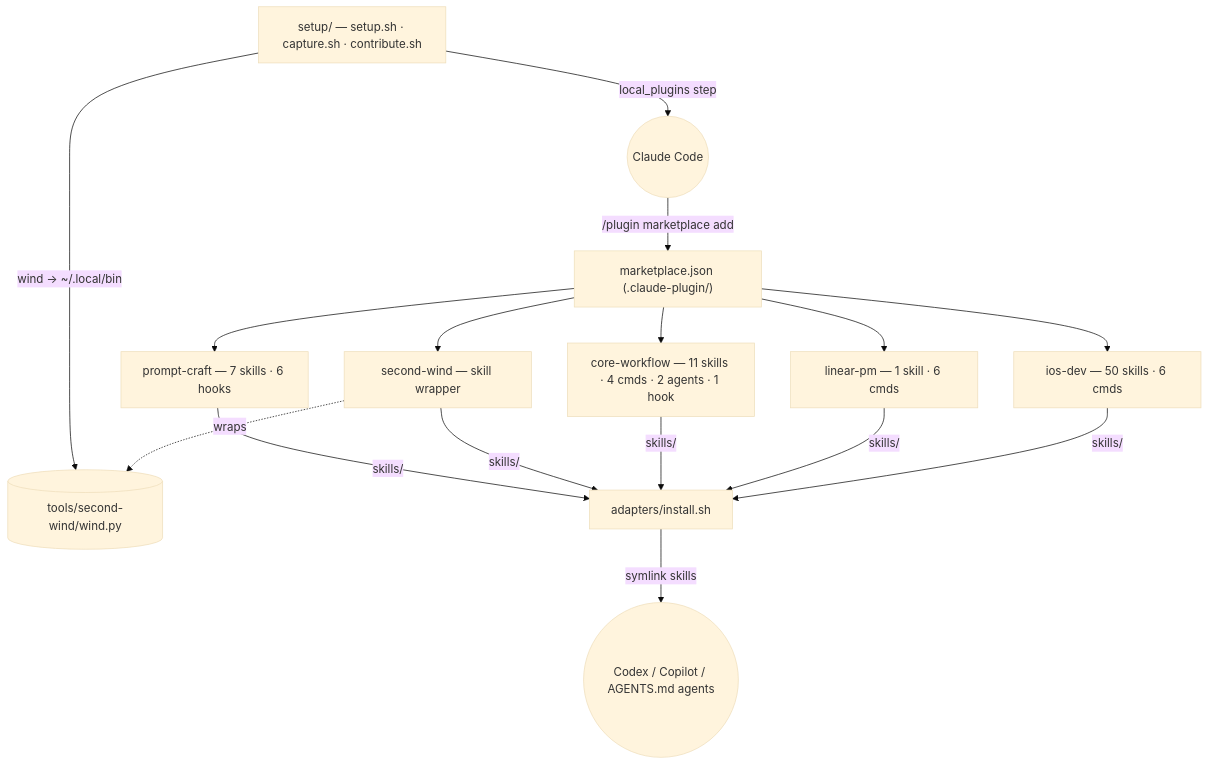
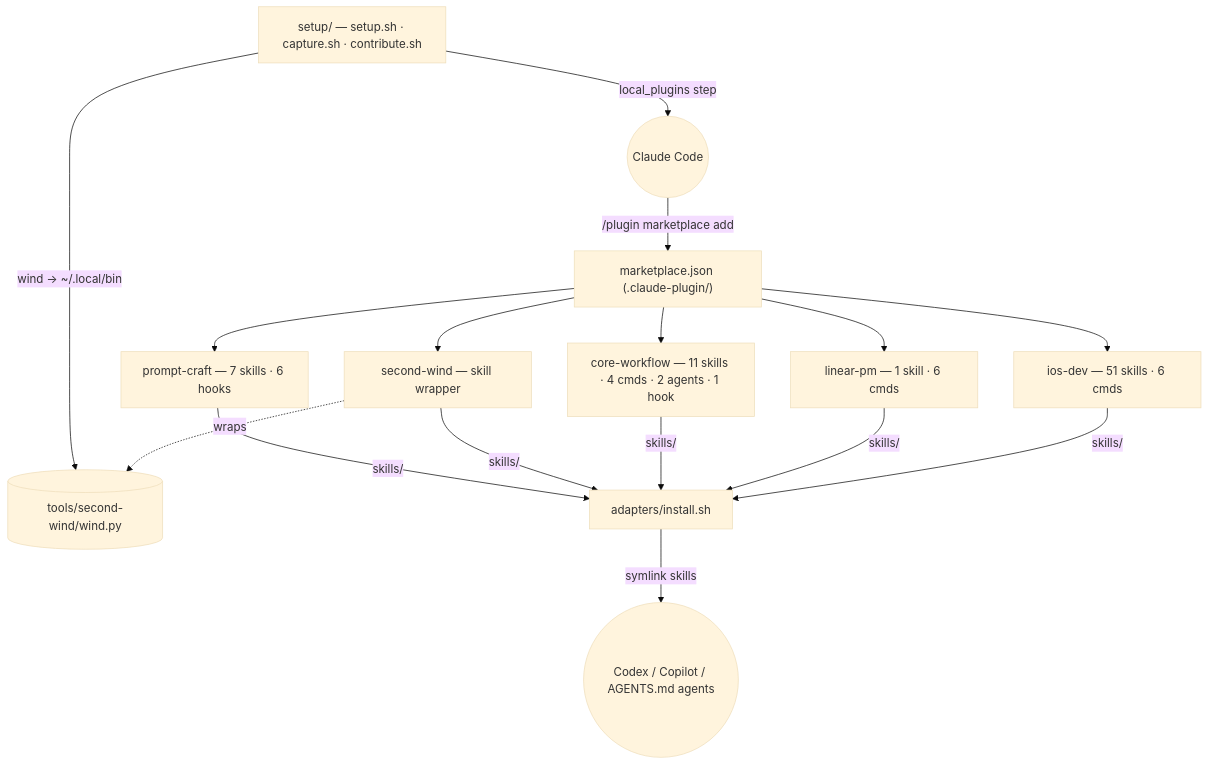
One commit to abhijitbansal/claude-skills changed the diagram in docs/architecture.md. Above: the diagram before and after it, drawn with Mermaid (base theme). The commit also changed 16 other files, not shown here.

First line of the commit message:
feat(ios-dev): in-app What's New pop-up + About build-info reference skill (#20)

````diff
--- a/docs/architecture.md
+++ b/docs/architecture.md
@@ -15,22 +15,22 @@
 ```mermaid
 flowchart TD
   MP["marketplace.json (.claude-plugin/)"]
-  IOS["ios-dev — 50 skills · 6 cmds"]
+  IOS["ios-dev — 51 skills · 6 cmds"]
   LIN["linear-pm — 1 skill · 6 cmds"]
   CW["core-workflow — 11 skills · 4 cmds · 2 agents · 1 hook"]
   SW["second-wind — skill wrapper"]
   PC["prompt-craft — 7 skills · 6 hooks"]
   WIND[("tools/second-wind/wind.py")]
   AD["adapters/install.sh"]
   SEED["setup/ — setup.sh · capture.sh · contribute.sh"]
   CC(("Claude Code"))
   OTHER(("Codex / Copilot / AGENTS.md agents"))
 
   MP --> IOS & LIN & CW & SW & PC
   SW -.->|wraps| WIND
   CC -->|"/plugin marketplace add"| MP
   SEED -->|local_plugins step| CC
   SEED -->|"wind → ~/.local/bin"| WIND
   AD -->|symlink skills| OTHER
   IOS & LIN & CW & SW & PC -->|skills/| AD
 ```
````
